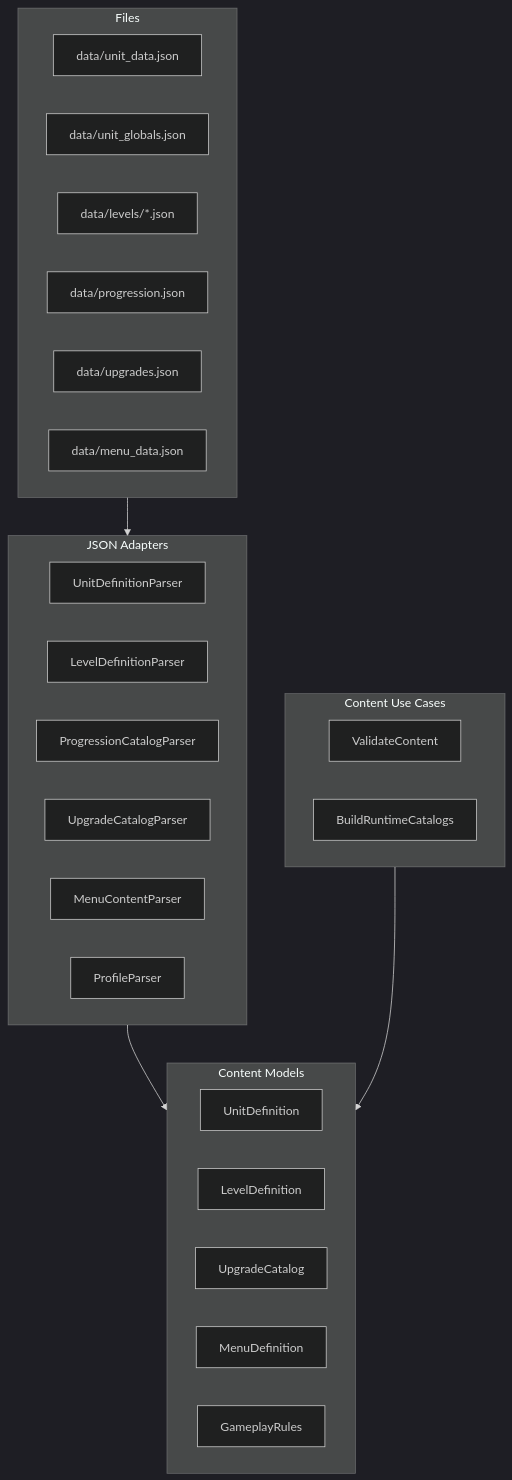
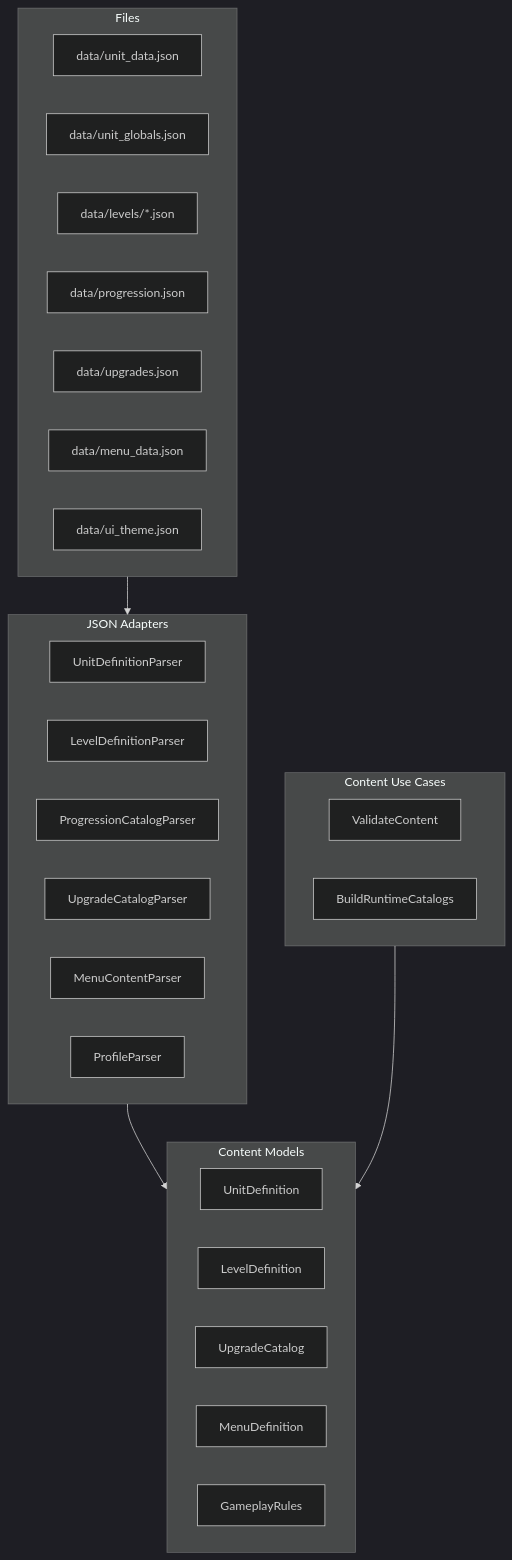
One commit to e-soul/defn changed the sixth of 9 diagrams in ARCH.md. Above: the diagram before and after it, drawn with Mermaid (dark theme). The commit also changed other lines of this file and 49 other files, not shown here.

````diff
--- a/ARCH.md
+++ b/ARCH.md
@@ -337,37 +337,38 @@
 ```mermaid
 flowchart TB
     subgraph ContentFiles[Files]
         UnitJson[data/unit_data.json]
         GlobalsJson[data/unit_globals.json]
         LevelJson[data/levels/*.json]
         ProgressionJson[data/progression.json]
         UpgradesJson[data/upgrades.json]
         MenuJson[data/menu_data.json]
+        UiThemeJson[data/ui_theme.json]
     end
 
     subgraph JsonAdapters[JSON Adapters]
         UnitParser[UnitDefinitionParser]
         LevelParser[LevelDefinitionParser]
         ProgressionParser[ProgressionCatalogParser]
         UpgradeParser[UpgradeCatalogParser]
         MenuParser[MenuContentParser]
         SaveParser[ProfileParser]
     end
 
     subgraph ContentDomain[Content Models]
         UnitDefinition[UnitDefinition]
         LevelDefinition[LevelDefinition]
         UpgradeCatalog[UpgradeCatalog]
         MenuDefinition[MenuDefinition]
         GameplayRules[GameplayRules]
     end
 
     subgraph ContentUseCases[Content Use Cases]
         ValidateContent[ValidateContent]
         BuildCatalogs[BuildRuntimeCatalogs]
     end
 
     ContentFiles --> JsonAdapters
     JsonAdapters --> ContentDomain
     ContentUseCases --> ContentDomain
 ```
````
